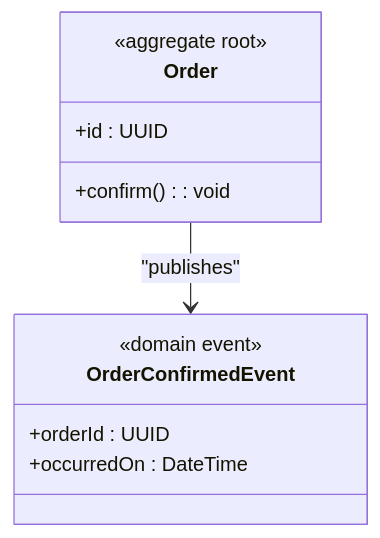
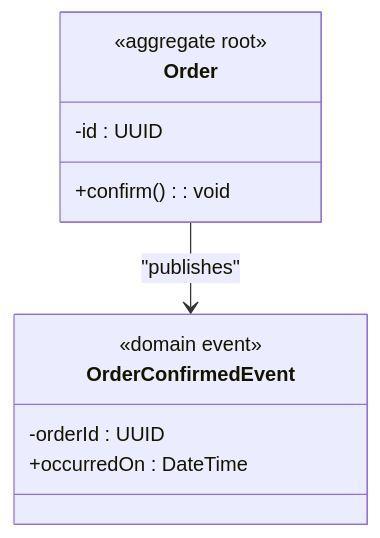
One commit to o-s-expert/ddd-workshop changed the seventh of 8 diagrams in guides/docs/02_tactic_pattern.md. Above: the diagram before and after it, drawn with Mermaid. The commit also changed other lines of this file, not shown here.

Commit message:
refactor: change visibility of id attributes in class diagrams to private

````diff
--- a/guides/docs/02_tactic_pattern.md
+++ b/guides/docs/02_tactic_pattern.md
@@ -149,15 +149,15 @@
 ```mermaid
 classDiagram
   class Order {
     <<aggregate root>>
-    +id : UUID
+    -id : UUID
     +confirm() : void
   }
 
   class OrderConfirmedEvent {
     <<domain event>>
-    +orderId : UUID
+    -orderId : UUID
     +occurredOn : DateTime
   }
   Order --> OrderConfirmedEvent : "publishes"
 ```
````
